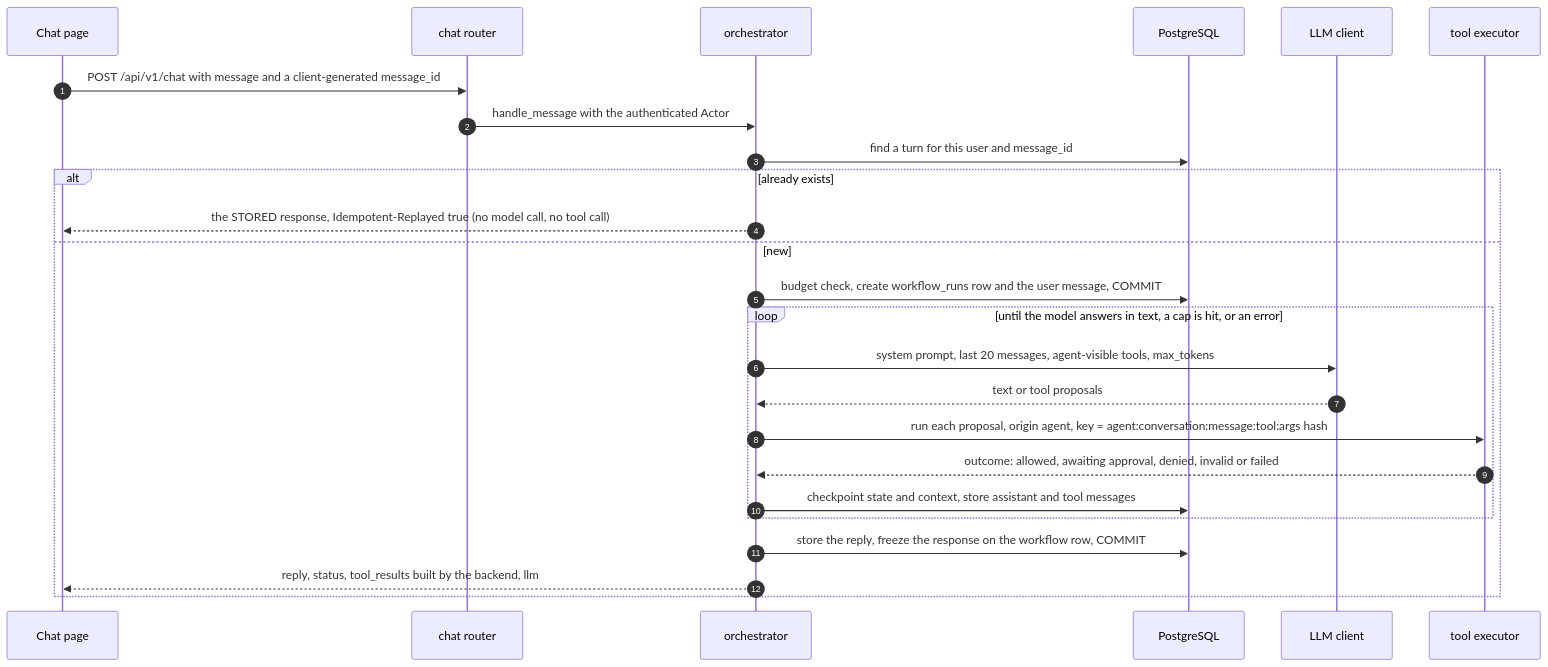
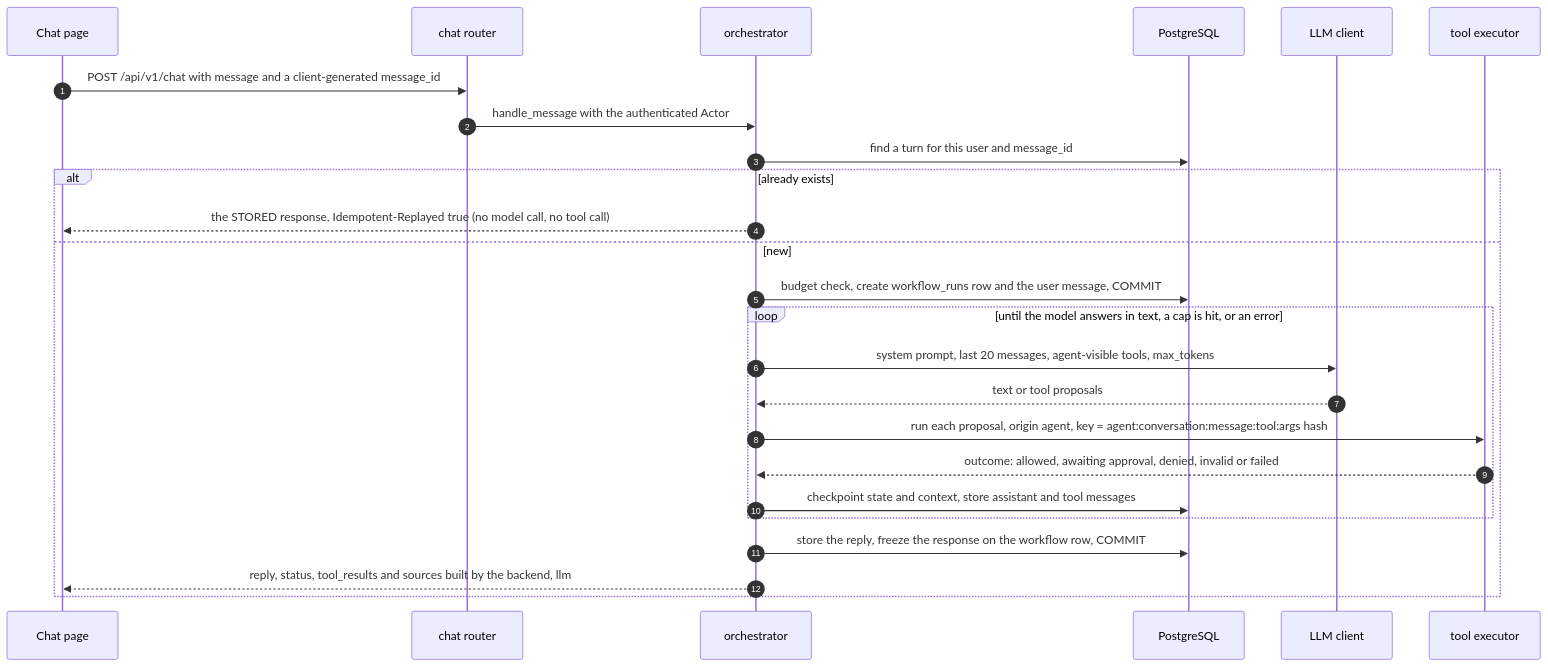
Before and after one commit to lokakshworkspace-creator/ai-customer-ops-platform: the fourth of 10 diagrams in docs/architecture.md, drawn with Mermaid. The commit also changed other lines of this file, not shown here.

Commit message:
Docs: architecture for Phase 4 (retrieval section, diagrams, 15-table ER and module tree regenerated, golden rule 3, layout)

````diff
--- a/docs/architecture.md
+++ b/docs/architecture.md
@@ -134,28 +137,28 @@
 ```mermaid
 sequenceDiagram
     autonumber
     participant UI as Chat page
     participant R as chat router
     participant O as orchestrator
     participant DB as PostgreSQL
     participant M as LLM client
     participant X as tool executor
 
     UI->>R: POST /api/v1/chat with message and a client-generated message_id
     R->>O: handle_message with the authenticated Actor
     O->>DB: find a turn for this user and message_id
     alt already exists
         O-->>UI: the STORED response, Idempotent-Replayed true (no model call, no tool call)
     else new
         O->>DB: budget check, create workflow_runs row and the user message, COMMIT
         loop until the model answers in text, a cap is hit, or an error
             O->>M: system prompt, last 20 messages, agent-visible tools, max_tokens
             M-->>O: text or tool proposals
             O->>X: run each proposal, origin agent, key = agent:conversation:message:tool:args hash
             X-->>O: outcome: allowed, awaiting approval, denied, invalid or failed
             O->>DB: checkpoint state and context, store assistant and tool messages
         end
         O->>DB: store the reply, freeze the response on the workflow row, COMMIT
-        O-->>UI: reply, status, tool_results built by the backend, llm
+        O-->>UI: reply, status, tool_results and sources built by the backend, llm
     end
 ```
````
